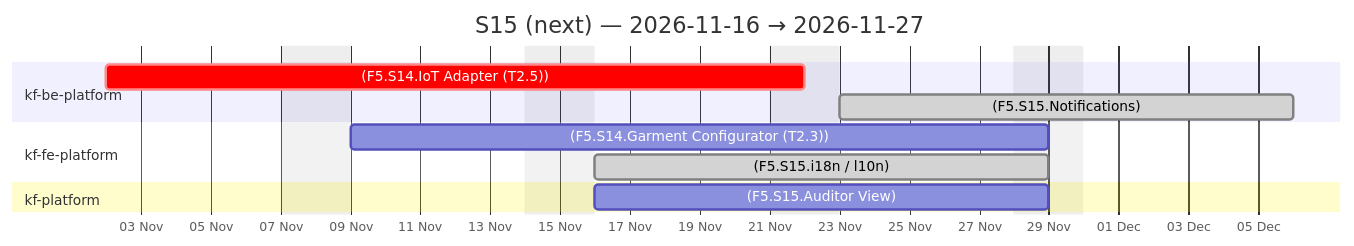
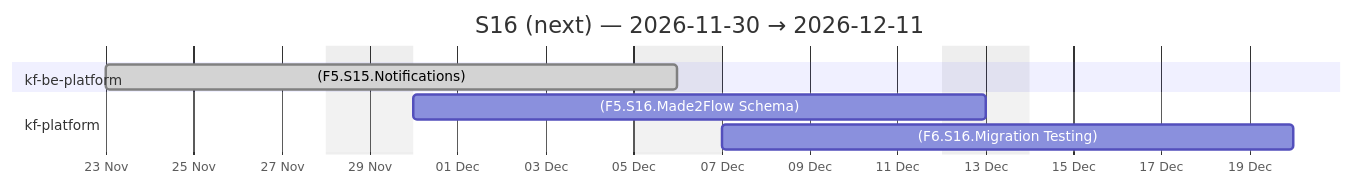
One commit to Katty-Fashion/kf-cpto changed the fourth of 4 diagrams in docs/agile-sprints.md. Above: the diagram before and after it, drawn with Mermaid. The commit also changed other lines of this file and 16 other files, not shown here.

````diff
--- a/docs/agile-sprints.md
+++ b/docs/agile-sprints.md
@@ -92,16 +91,13 @@
 ```mermaid
 gantt
-    title S15 (next) — 2026-11-16 → 2026-11-27
+    title S16 (next) — 2026-11-30 → 2026-12-11
     dateFormat YYYY-MM-DD
     axisFormat %d %b
     excludes weekends
 
     section kf-be-platform
-    (F5.S14.IoT Adapter (T2.5)) :crit, 2026-11-02, 2026-11-22
     (F5.S15.Notifications) :done, 2026-11-23, 2026-12-06
-    section kf-fe-platform
-    (F5.S14.Garment Configurator (T2.3)) :2026-11-09, 2026-11-29
-    (F5.S15.i18n / l10n) :done, 2026-11-16, 2026-11-29
     section kf-platform
-    (F5.S15.Auditor View) :2026-11-16, 2026-11-29
+    (F5.S16.Made2Flow Schema) :2026-11-30, 2026-12-13
+    (F6.S16.Migration Testing) :2026-12-07, 2026-12-20
 ```
````
